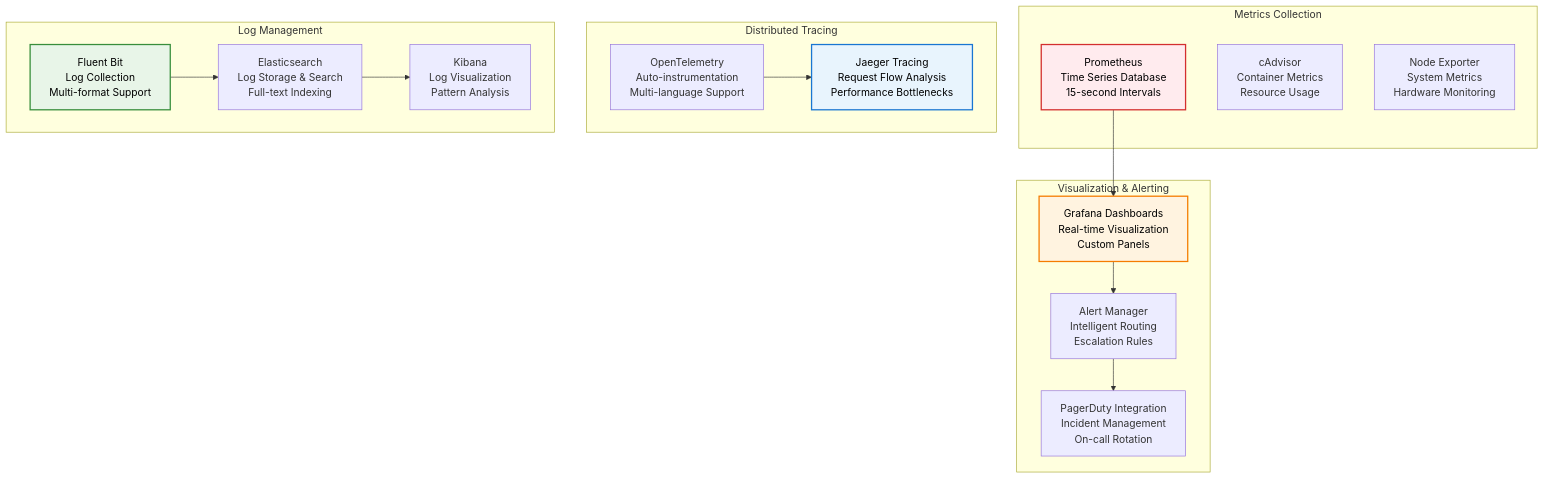
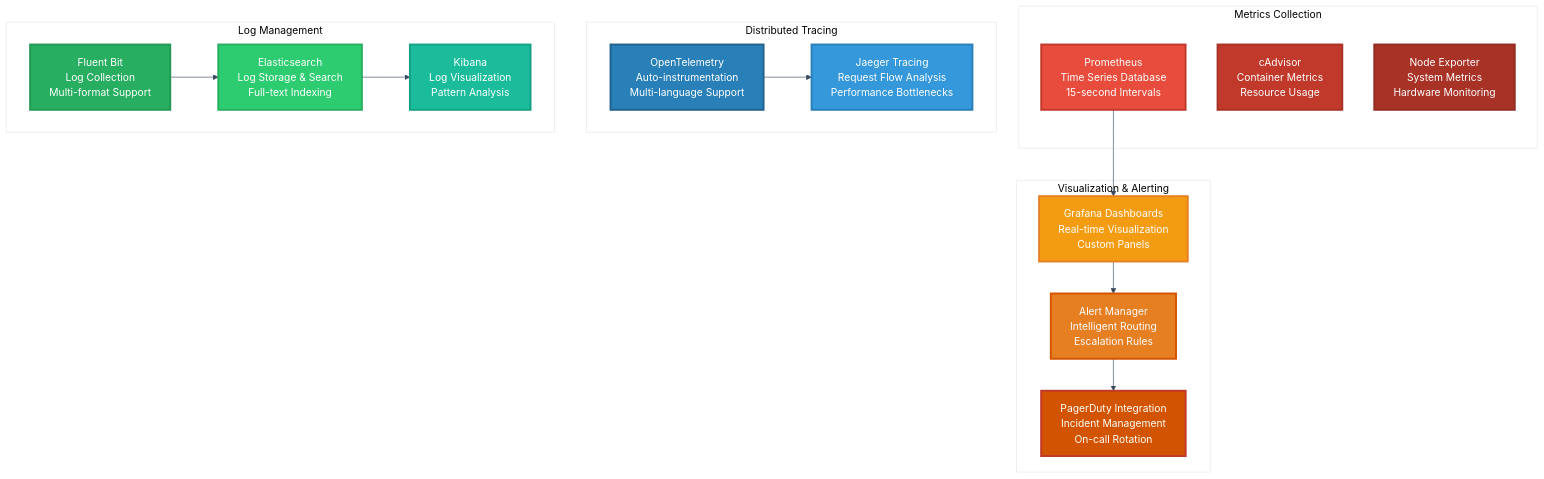
Diagram 14 of 20 in README.md (PriscillaOng12/AI-Code-Review-Squad), drawn with Mermaid before and after one commit. The commit also changed other lines of this file, not shown here.

````diff
--- a/README.md
+++ b/README.md
@@ -429,37 +500,48 @@
 ```mermaid
+%%{init: {'theme': 'base', 'themeVariables': {'primaryColor': '#ffffff', 'primaryTextColor': '#2c3e50', 'primaryBorderColor': '#2c3e50', 'lineColor': '#34495e', 'secondaryColor': '#ffffff', 'tertiaryColor': '#ffffff', 'background': '#ffffff', 'mainBkg': '#ffffff', 'secondBkg': '#ffffff', 'tertiaryBkg': '#ffffff'}}}%%
 graph TB
     subgraph "Metrics Collection"
         PROM[Prometheus<br/>Time Series Database<br/>15-second Intervals]
         CADVISOR[cAdvisor<br/>Container Metrics<br/>Resource Usage]
         NODE[Node Exporter<br/>System Metrics<br/>Hardware Monitoring]
     end
     
     subgraph "Visualization & Alerting"
         GRAFANA[Grafana Dashboards<br/>Real-time Visualization<br/>Custom Panels]
         ALERT[Alert Manager<br/>Intelligent Routing<br/>Escalation Rules]
         ONCALL[PagerDuty Integration<br/>Incident Management<br/>On-call Rotation]
     end
     
     subgraph "Distributed Tracing"
         JAEGER[Jaeger Tracing<br/>Request Flow Analysis<br/>Performance Bottlenecks]
         OTEL[OpenTelemetry<br/>Auto-instrumentation<br/>Multi-language Support]
     end
     
     subgraph "Log Management"
         FLUENT[Fluent Bit<br/>Log Collection<br/>Multi-format Support]
         ELASTIC[Elasticsearch<br/>Log Storage & Search<br/>Full-text Indexing]
         KIBANA[Kibana<br/>Log Visualization<br/>Pattern Analysis]
     end
     
     PROM --> GRAFANA
     GRAFANA --> ALERT
     ALERT --> ONCALL
     OTEL --> JAEGER
     FLUENT --> ELASTIC
     ELASTIC --> KIBANA
     
-    style PROM fill:#ffebee,stroke:#d32f2f,stroke-width:2px,color:#000000
-    style GRAFANA fill:#fff3e0,stroke:#f57c00,stroke-width:2px,color:#000000
-    style JAEGER fill:#e8f4fd,stroke:#1976d2,stroke-width:2px,color:#000000
-    style FLUENT fill:#e8f5e8,stroke:#388e3c,stroke-width:2px,color:#000000
+    style PROM fill:#e74c3c,stroke:#c0392b,stroke-width:3px,color:#ffffff
+    style CADVISOR fill:#c0392b,stroke:#a93226,stroke-width:3px,color:#ffffff
+    style NODE fill:#a93226,stroke:#922b21,stroke-width:3px,color:#ffffff
+    
+    style GRAFANA fill:#f39c12,stroke:#e67e22,stroke-width:3px,color:#ffffff
+    style ALERT fill:#e67e22,stroke:#d35400,stroke-width:3px,color:#ffffff
+    style ONCALL fill:#d35400,stroke:#c0392b,stroke-width:3px,color:#ffffff
+    
+    style JAEGER fill:#3498db,stroke:#2980b9,stroke-width:3px,color:#ffffff
+    style OTEL fill:#2980b9,stroke:#21618c,stroke-width:3px,color:#ffffff
+    
+    style FLUENT fill:#27ae60,stroke:#229954,stroke-width:3px,color:#ffffff
+    style ELASTIC fill:#2ecc71,stroke:#27ae60,stroke-width:3px,color:#ffffff
+    style KIBANA fill:#1abc9c,stroke:#16a085,stroke-width:3px,color:#ffffff
 ```
````
